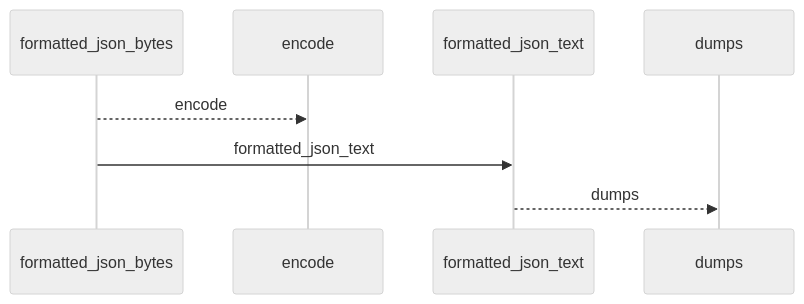
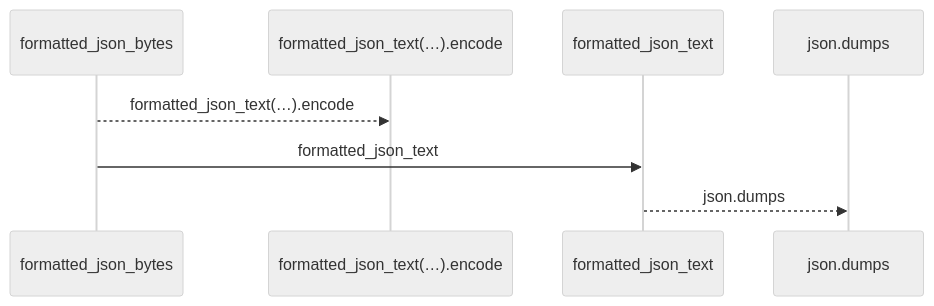
The first of 2 diagrams in docs/llm_wiki/flows/api-formatted_json_bytes.md (Denissvgn/python-wiki-llm), drawn with Mermaid (neutral theme) before and after one commit. The commit also changed other lines of this file and 719 other files, not shown here.

````diff
--- a/docs/llm_wiki/flows/api-formatted_json_bytes.md
+++ b/docs/llm_wiki/flows/api-formatted_json_bytes.md
@@ -10,10 +10,10 @@
 ```mermaid
 sequenceDiagram
     participant p0 as formatted_json_bytes
-    participant p1 as encode
+    participant p1 as formatted_json_text(…).encode
     participant p2 as formatted_json_text
-    participant p3 as dumps
-    p0-->>p1: encode
+    participant p3 as json.dumps
+    p0-->>p1: formatted_json_text(…).encode
     p0->>p2: formatted_json_text
-    p2-->>p3: dumps
+    p2-->>p3: json.dumps
 ```
````
